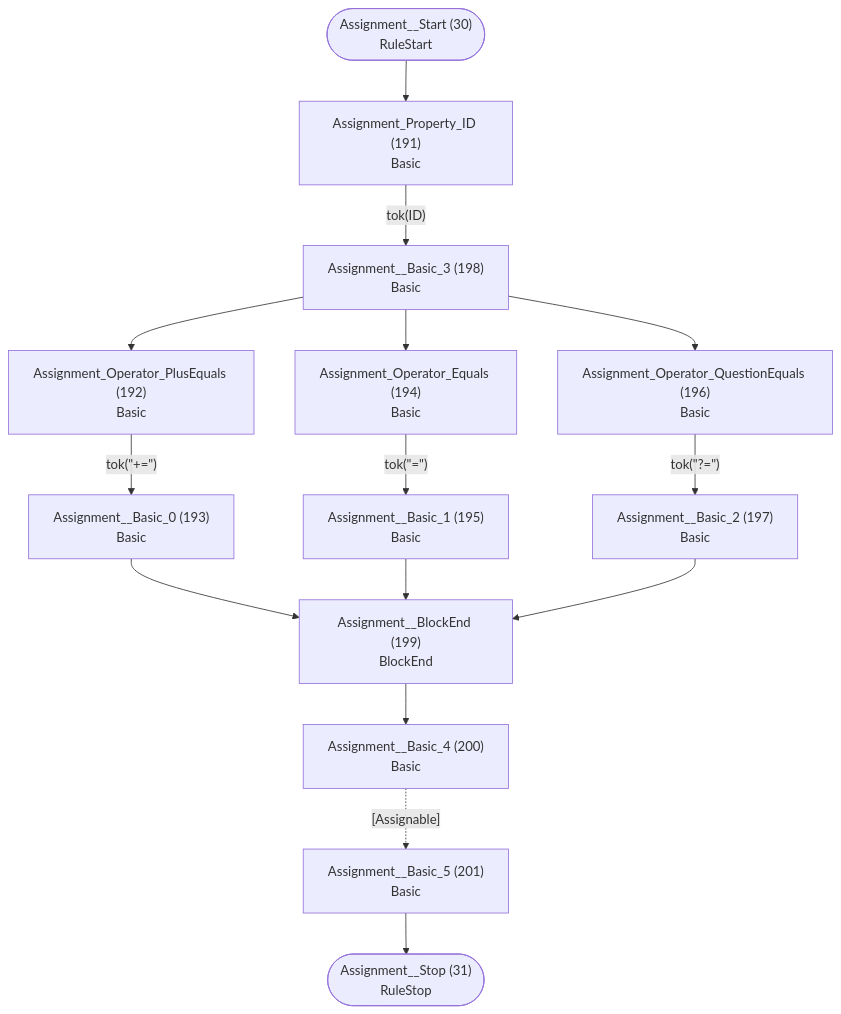
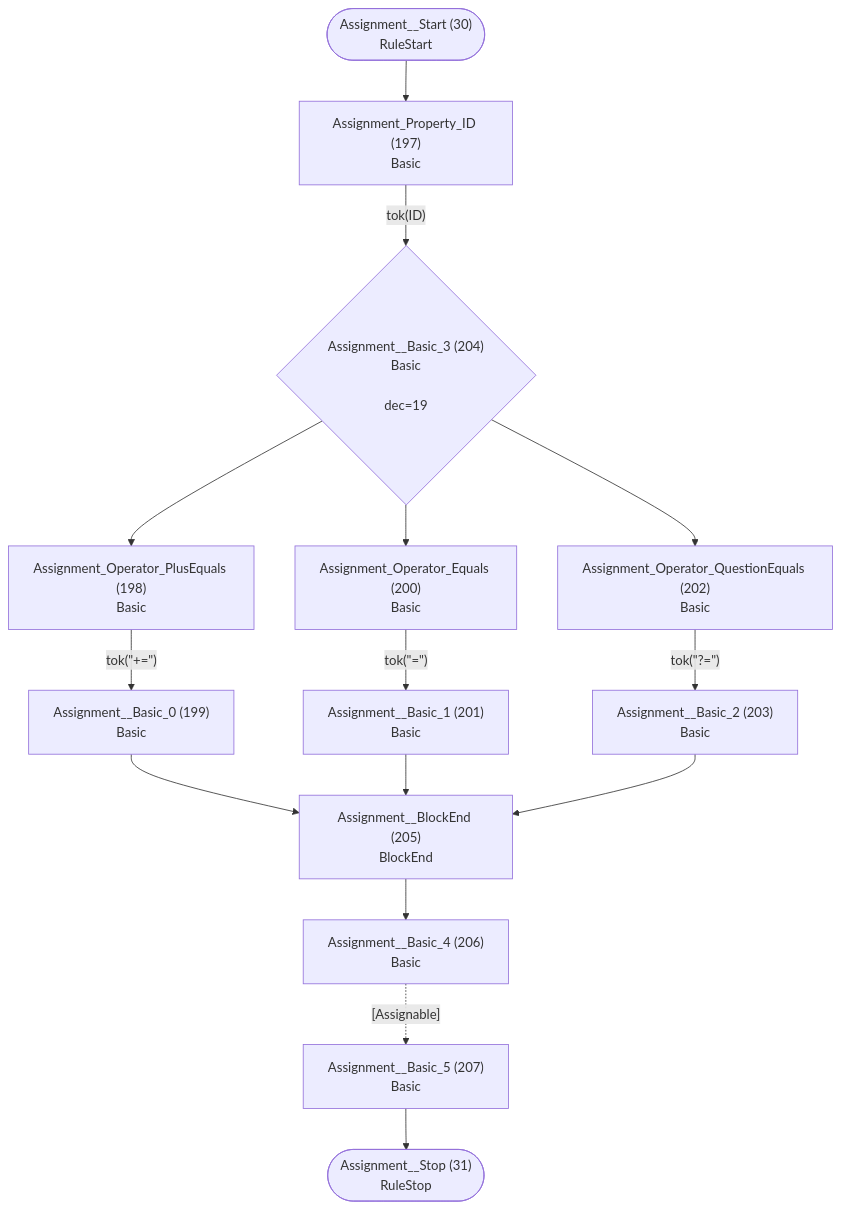
One commit to TypeFox/fastbelt changed diagram 16 of 26 in internal/grammar/atn.md. Above: the diagram before and after it, drawn with Mermaid. The commit also changed other lines of this file and 53 other files, not shown here.

````diff
--- a/internal/grammar/atn.md
+++ b/internal/grammar/atn.md
@@ -463,31 +475,31 @@
 ```mermaid
 flowchart TD
     q30(["Assignment__Start (30)<br/>RuleStart"])
     q31(["Assignment__Stop (31)<br/>RuleStop"])
-    q191["Assignment_Property_ID (191)<br/>Basic<br/>"]
-    q192["Assignment_Operator_PlusEquals (192)<br/>Basic<br/>"]
-    q193["Assignment__Basic_0 (193)<br/>Basic<br/>"]
-    q194["Assignment_Operator_Equals (194)<br/>Basic<br/>"]
-    q195["Assignment__Basic_1 (195)<br/>Basic<br/>"]
-    q196["Assignment_Operator_QuestionEquals (196)<br/>Basic<br/>"]
-    q197["Assignment__Basic_2 (197)<br/>Basic<br/>"]
-    q198["Assignment__Basic_3 (198)<br/>Basic<br/>"]
-    q199["Assignment__BlockEnd (199)<br/>BlockEnd<br/>"]
-    q200["Assignment__Basic_4 (200)<br/>Basic<br/>"]
-    q201["Assignment__Basic_5 (201)<br/>Basic<br/>"]
+    q197["Assignment_Property_ID (197)<br/>Basic<br/>"]
+    q198["Assignment_Operator_PlusEquals (198)<br/>Basic<br/>"]
+    q199["Assignment__Basic_0 (199)<br/>Basic<br/>"]
+    q200["Assignment_Operator_Equals (200)<br/>Basic<br/>"]
+    q201["Assignment__Basic_1 (201)<br/>Basic<br/>"]
+    q202["Assignment_Operator_QuestionEquals (202)<br/>Basic<br/>"]
+    q203["Assignment__Basic_2 (203)<br/>Basic<br/>"]
+    q204{"Assignment__Basic_3 (204)<br/>Basic<br/><br/>dec=19"}
+    q205["Assignment__BlockEnd (205)<br/>BlockEnd<br/>"]
+    q206["Assignment__Basic_4 (206)<br/>Basic<br/>"]
+    q207["Assignment__Basic_5 (207)<br/>Basic<br/>"]
 
-    q30 --> q191
-    q191 -->|"tok(ID)"| q198
-    q192 -->|"tok(&quot;+=&quot;)"| q193
-    q193 --> q199
-    q194 -->|"tok(&quot;=&quot;)"| q195
-    q195 --> q199
-    q196 -->|"tok(&quot;?=&quot;)"| q197
-    q197 --> q199
-    q198 --> q192
-    q198 --> q194
-    q198 --> q196
-    q199 --> q200
-    q200 -.->|"[Assignable]"| q201
-    q201 --> q31
+    q30 --> q197
+    q197 -->|"tok(ID)"| q204
+    q198 -->|"tok(&quot;+=&quot;)"| q199
+    q199 --> q205
+    q200 -->|"tok(&quot;=&quot;)"| q201
+    q201 --> q205
+    q202 -->|"tok(&quot;?=&quot;)"| q203
+    q203 --> q205
+    q204 --> q198
+    q204 --> q200
+    q204 --> q202
+    q205 --> q206
+    q206 -.->|"[Assignable]"| q207
+    q207 --> q31
 ```
````
